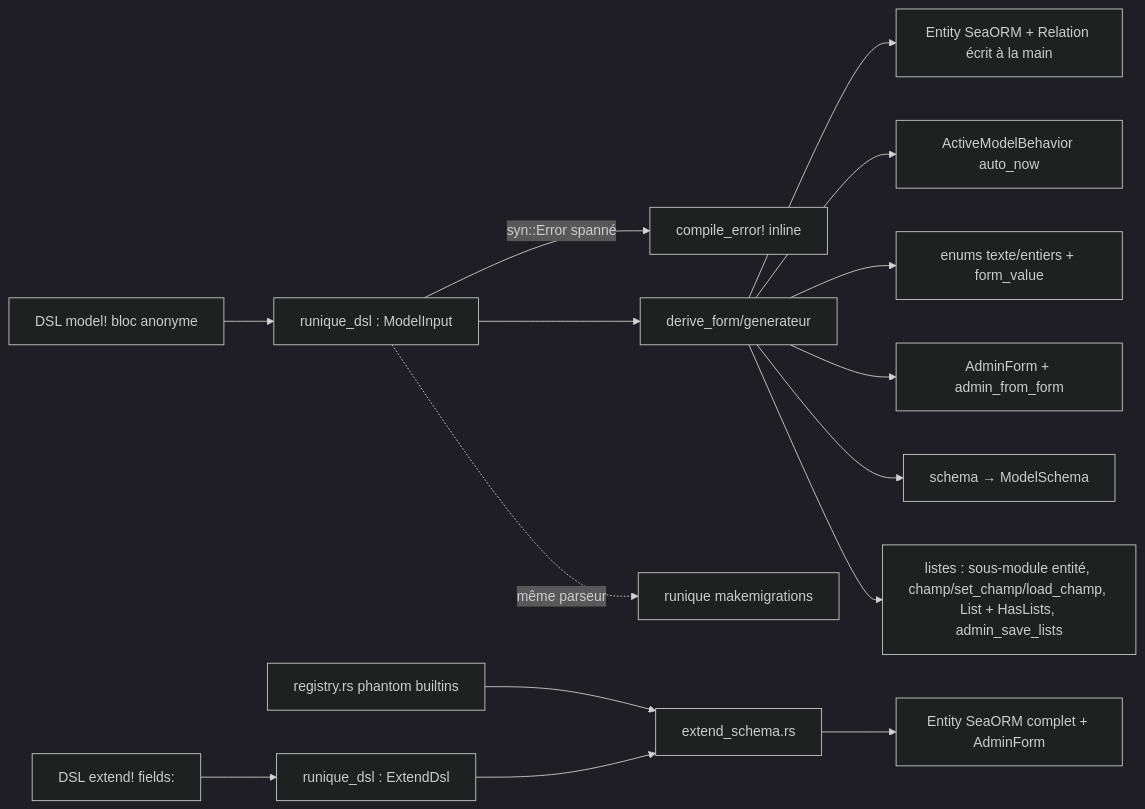
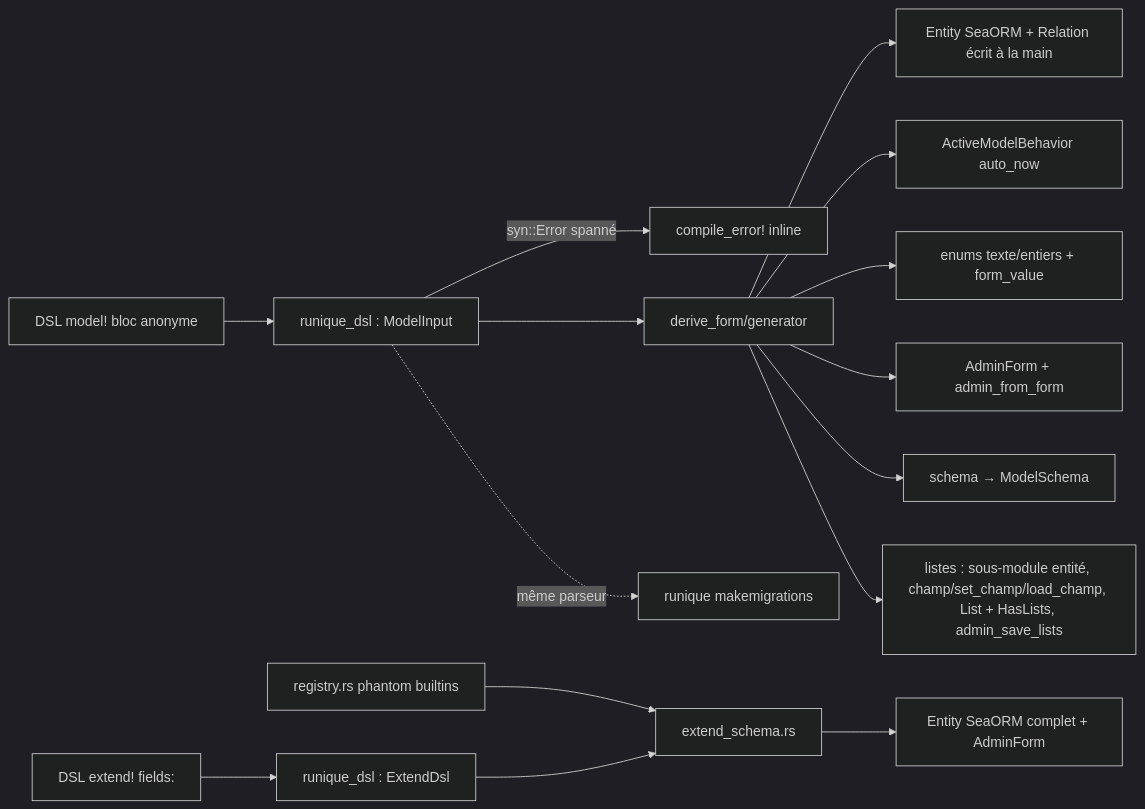
One commit to seb-alliot/runique changed the third of 3 diagrams in diagramme/uml/derive_form/proc-macro.md. Above: the diagram before and after it, drawn with Mermaid (dark theme). The commit also changed other lines of this file and 263 other files, not shown here.

````diff
--- a/diagramme/uml/derive_form/proc-macro.md
+++ b/diagramme/uml/derive_form/proc-macro.md
@@ -108,19 +108,19 @@
 ```mermaid
 flowchart LR
     SRC[DSL model! bloc anonyme] --> DSL[runique_dsl : ModelInput]
     DSL -->|syn::Error spanné| CE[compile_error! inline]
-    DSL --> GEN[derive_form/generateur]
+    DSL --> GEN[derive_form/generator]
     GEN --> ENT[Entity SeaORM + Relation écrit à la main]
     GEN --> BEH[ActiveModelBehavior auto_now]
     GEN --> ENU[enums texte/entiers + form_value]
     GEN --> FORM[AdminForm + admin_from_form]
     GEN --> SCH[schema → ModelSchema]
     GEN --> LST[listes : sous-module entité, champ/set_champ/load_champ, List + HasLists, admin_save_lists]
     REG[registry.rs phantom builtins] --> EXTG
 
     SRC2[DSL extend! fields:] --> EXT[runique_dsl : ExtendDsl]
     EXT --> EXTG[extend_schema.rs]
     EXTG --> ENT2[Entity SeaORM complet + AdminForm]
 
     DSL -.même parseur.-> CLI[runique makemigrations]
 ```
````
